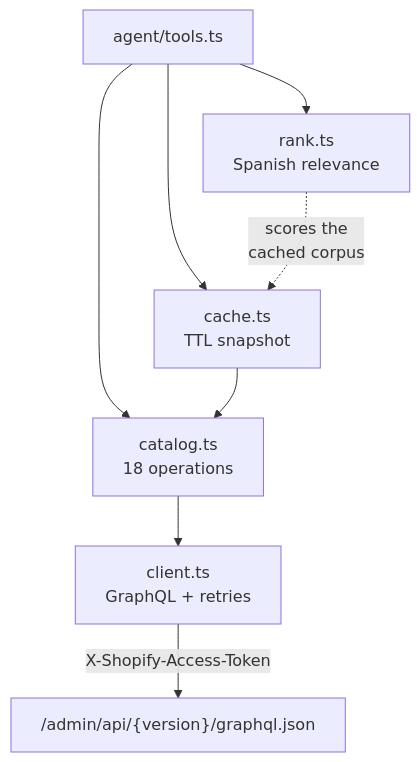
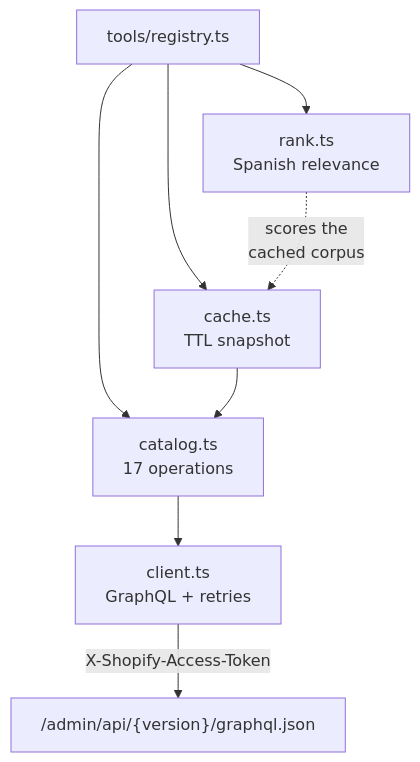
One commit to santiagoposadag/ShopifyVitrina changed the first of 4 diagrams in docs/01-arquitectura/capa-shopify.md. Above: the diagram before and after it, drawn with Mermaid. The commit also changed other lines of this file and 10 other files, not shown here.

````diff
--- a/docs/01-arquitectura/capa-shopify.md
+++ b/docs/01-arquitectura/capa-shopify.md
@@ -3,10 +3,10 @@
 ```mermaid
 graph TB
-    T["agent/tools.ts"] --> CAT["catalog.ts<br/>18 operations"]
+    T["tools/registry.ts"] --> CAT["catalog.ts<br/>17 operations"]
     T --> CACHE["cache.ts<br/>TTL snapshot"]
     T --> RANK["rank.ts<br/>Spanish relevance"]
     CACHE --> CAT
     CAT --> CL["client.ts<br/>GraphQL + retries"]
     CL -->|"X-Shopify-Access-Token"| API["/admin/api/{version}/graphql.json"]
     RANK -.->|"scores the<br/>cached corpus"| CACHE
 ```
````
